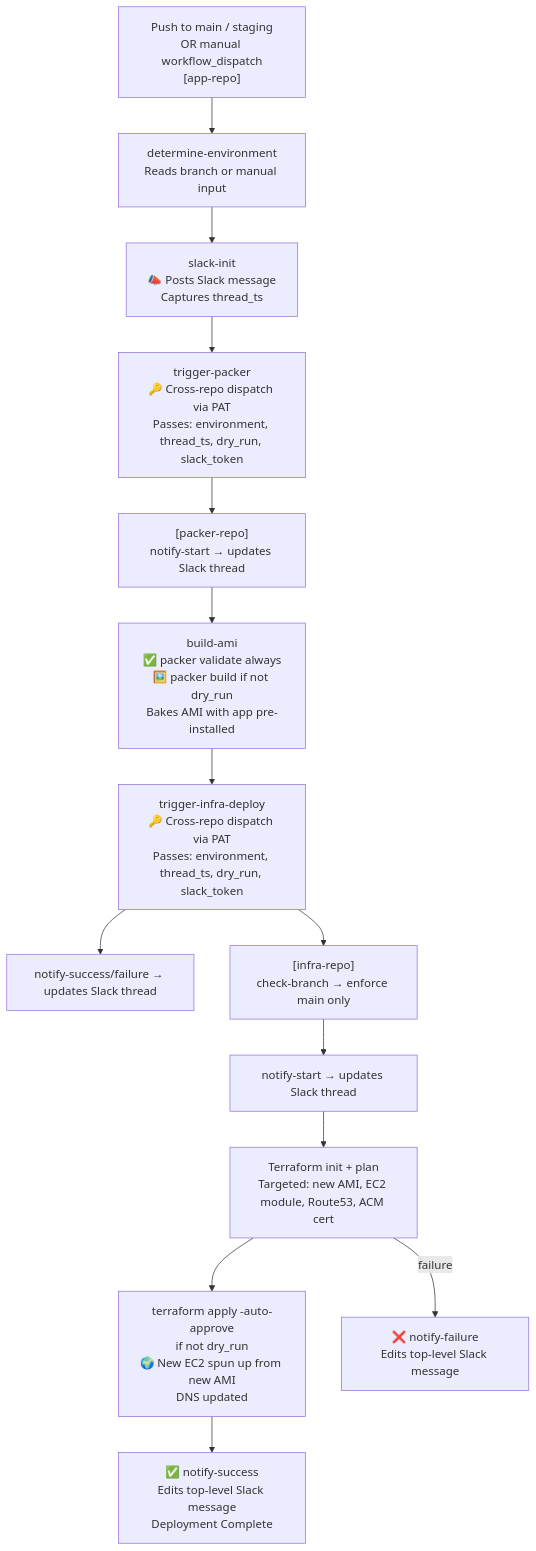
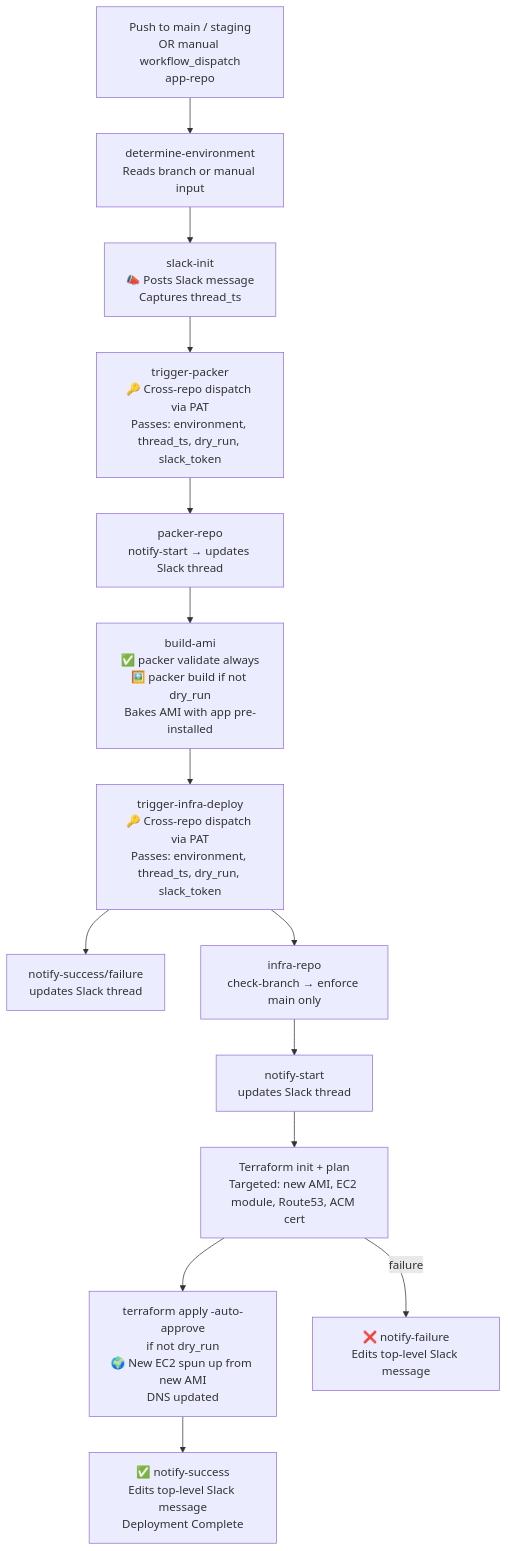
One commit to gabbyTI/knowledgebase changed the diagram in articles/immutable-infrastructure-implementation.md. Above: the diagram before and after it, drawn with Mermaid.

Commit message:
fixing diagram

````diff
--- a/articles/immutable-infrastructure-implementation.md
+++ b/articles/immutable-infrastructure-implementation.md
@@ -25,18 +25,18 @@
 ```mermaid
 flowchart TD
-    A["Push to main / staging\nOR manual workflow_dispatch\n[app-repo]"] --> B["determine-environment\nReads branch or manual input"]
-    B --> C["slack-init\n📣 Posts Slack message\nCaptures thread_ts"]
-    C --> D["trigger-packer\n🔑 Cross-repo dispatch via PAT\nPasses: environment, thread_ts, dry_run, slack_token"]
+    A["Push to main / staging<br/>OR manual workflow_dispatch<br/>app-repo"] --> B["determine-environment<br/>Reads branch or manual input"]
+    B --> C["slack-init<br/>📣 Posts Slack message<br/>Captures thread_ts"]
+    C --> D["trigger-packer<br/>🔑 Cross-repo dispatch via PAT<br/>Passes: environment, thread_ts, dry_run, slack_token"]
 
-    D --> E["[packer-repo]\nnotify-start → updates Slack thread"]
-    E --> F["build-ami\n✅ packer validate always\n🖼️ packer build if not dry_run\nBakes AMI with app pre-installed"]
-    F --> G["trigger-infra-deploy\n🔑 Cross-repo dispatch via PAT\nPasses: environment, thread_ts, dry_run, slack_token"]
-    G --> H["notify-success/failure → updates Slack thread"]
+    D --> E["packer-repo<br/>notify-start → updates Slack thread"]
+    E --> F["build-ami<br/>✅ packer validate always<br/>🖼️ packer build if not dry_run<br/>Bakes AMI with app pre-installed"]
+    F --> G["trigger-infra-deploy<br/>🔑 Cross-repo dispatch via PAT<br/>Passes: environment, thread_ts, dry_run, slack_token"]
+    G --> H["notify-success/failure<br/>updates Slack thread"]
 
-    G --> I["[infra-repo]\ncheck-branch → enforce main only"]
-    I --> J["notify-start → updates Slack thread"]
-    J --> K["Terraform init + plan\nTargeted: new AMI, EC2 module, Route53, ACM cert"]
-    K --> L["terraform apply -auto-approve\nif not dry_run\n🌍 New EC2 spun up from new AMI\nDNS updated"]
-    L --> M["✅ notify-success\nEdits top-level Slack message\nDeployment Complete"]
-    K -- failure --> N["❌ notify-failure\nEdits top-level Slack message"]
+    G --> I["infra-repo<br/>check-branch → enforce main only"]
+    I --> J["notify-start<br/>updates Slack thread"]
+    J --> K["Terraform init + plan<br/>Targeted: new AMI, EC2 module, Route53, ACM cert"]
+    K --> L["terraform apply -auto-approve<br/>if not dry_run<br/>🌍 New EC2 spun up from new AMI<br/>DNS updated"]
+    L --> M["✅ notify-success<br/>Edits top-level Slack message<br/>Deployment Complete"]
+    K -- failure --> N["❌ notify-failure<br/>Edits top-level Slack message"]
 ```
````
